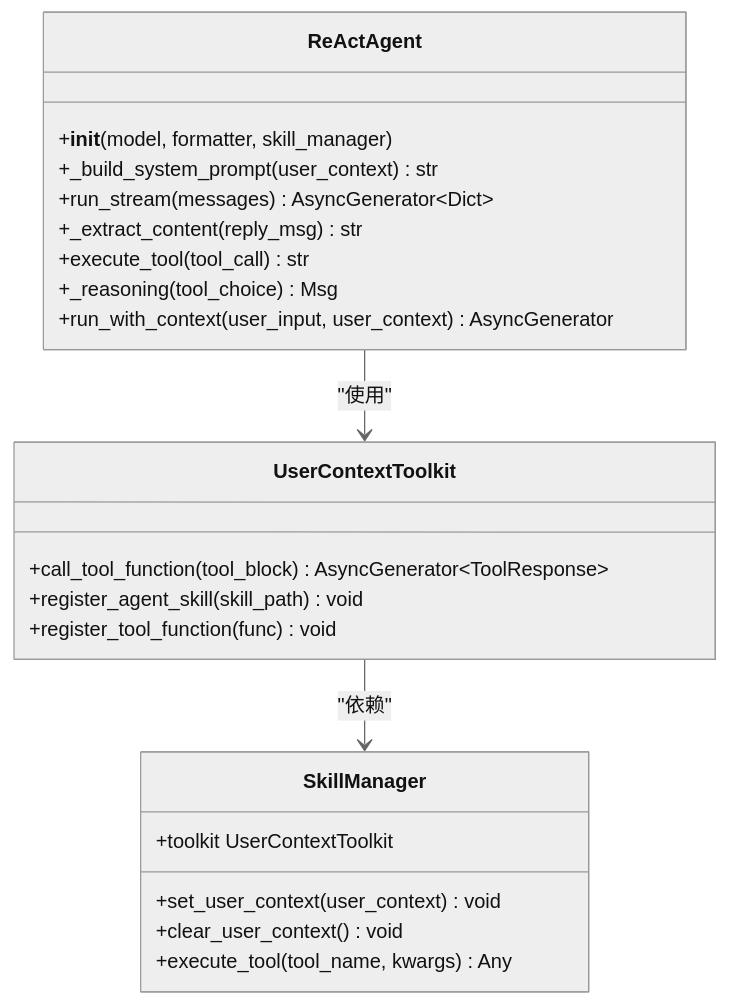
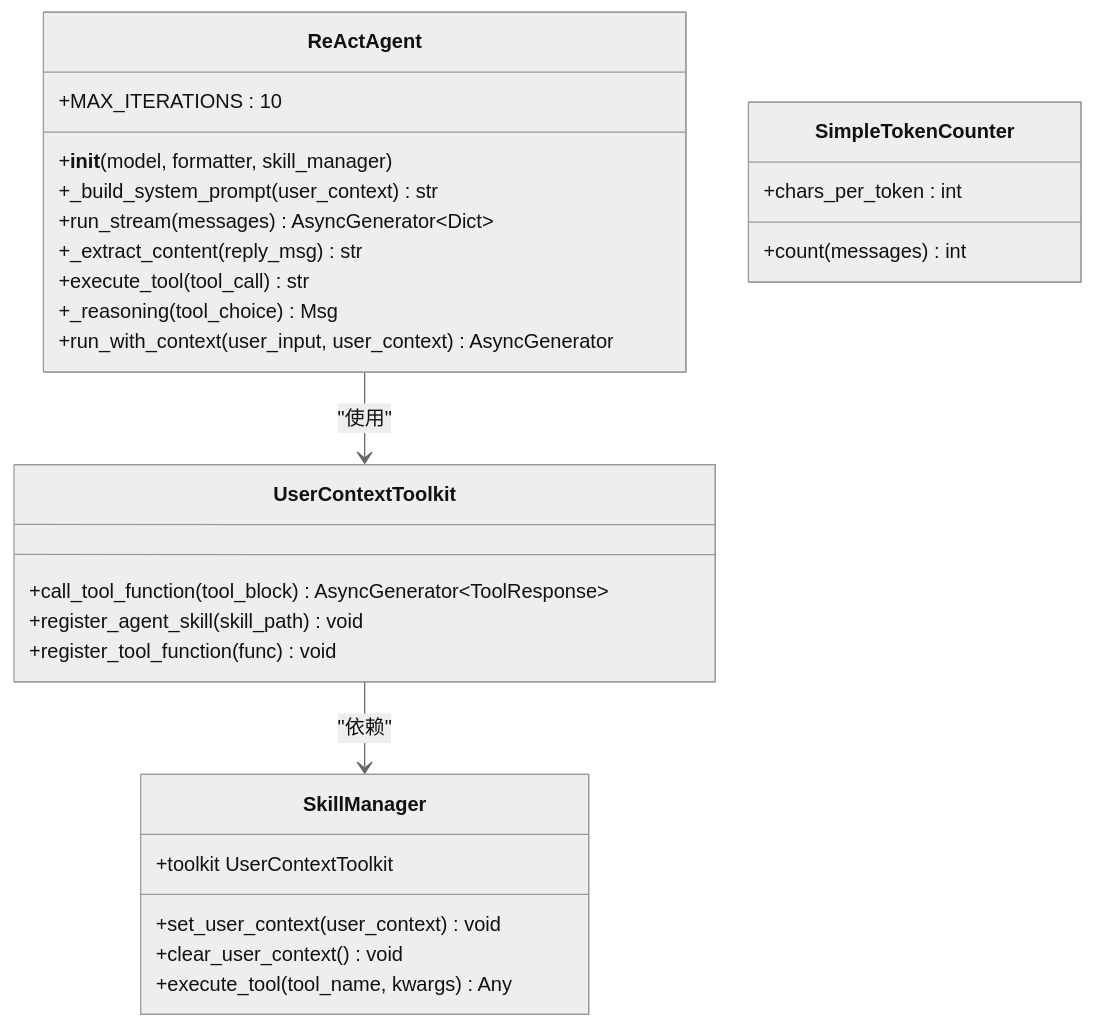
One commit to zhangdahai112/LocalManus changed the sixth of 14 diagrams in .qoder/repowiki/zh/content/智能体系统/ReAct 智能体/ReAct智能体流式增强.md. Above: the diagram before and after it, drawn with Mermaid (neutral theme). The commit also changed other lines of this file and 4 other files, not shown here.

````diff
--- a/.qoder/repowiki/zh/content/智能体系统/ReAct 智能体/ReAct智能体流式增强.md
+++ b/.qoder/repowiki/zh/content/智能体系统/ReAct 智能体/ReAct智能体流式增强.md
@@ -295,25 +306,30 @@
 ```mermaid
 classDiagram
 class ReActAgent {
 +__init__(model, formatter, skill_manager)
 +_build_system_prompt(user_context) str
 +run_stream(messages) AsyncGenerator~Dict~
 +_extract_content(reply_msg) str
 +execute_tool(tool_call) str
 +_reasoning(tool_choice) Msg
 +run_with_context(user_input, user_context) AsyncGenerator
++MAX_ITERATIONS : 10
 }
 class UserContextToolkit {
 +call_tool_function(tool_block) AsyncGenerator~ToolResponse~
 +register_agent_skill(skill_path) void
 +register_tool_function(func) void
 }
 class SkillManager {
 +toolkit UserContextToolkit
 +set_user_context(user_context) void
 +clear_user_context() void
 +execute_tool(tool_name, kwargs) Any
 }
+class SimpleTokenCounter {
++chars_per_token : int
++count(messages) int
+}
 ReActAgent --> UserContextToolkit : "使用"
 UserContextToolkit --> SkillManager : "依赖"
 ```
````
